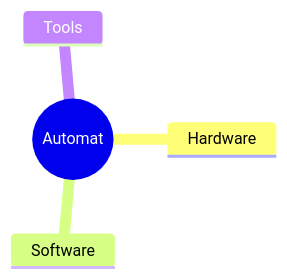
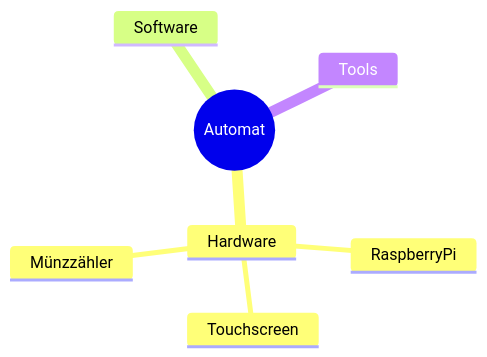
One commit to Darabrob/Projekt_Automat changed the diagram in README.md. Above: the diagram before and after it, drawn with Mermaid.

````diff
--- a/README.md
+++ b/README.md
@@ -3,8 +3,11 @@
 ```mermaid
 mindmap
   root((Automat))
     Hardware
+      RaspberryPi
+      Touchscreen
+      Münzzähler
     Software
     Tools
 
 ```
````
